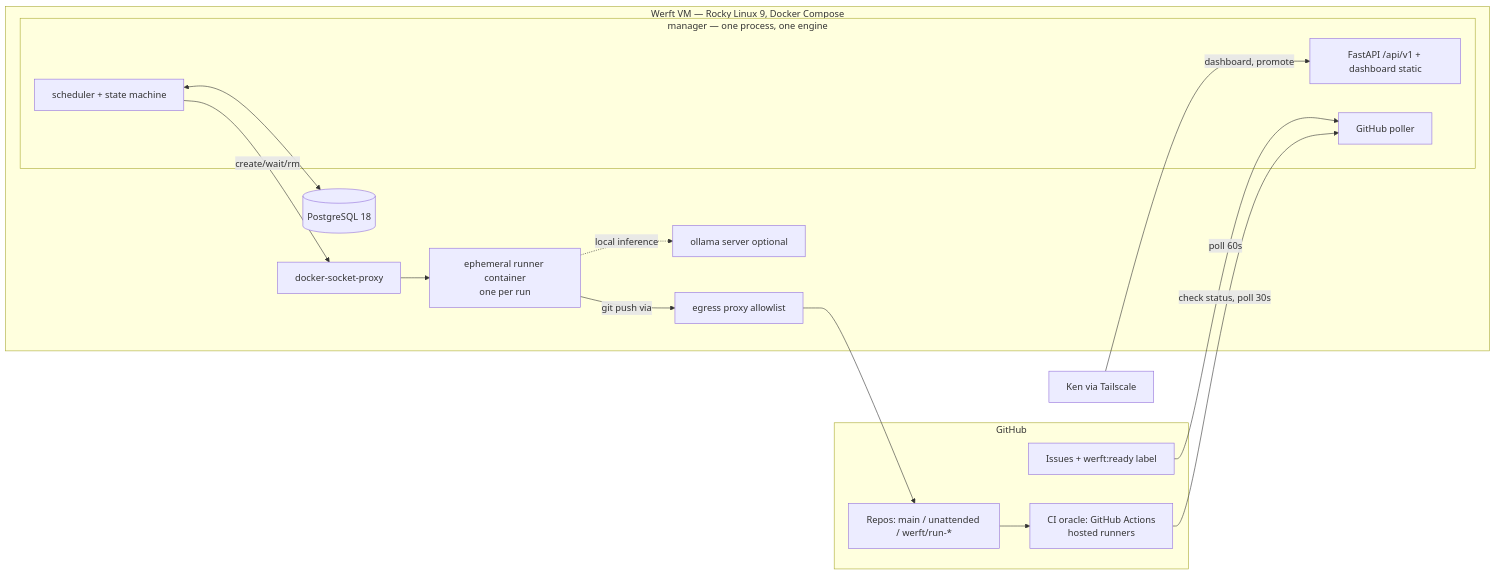
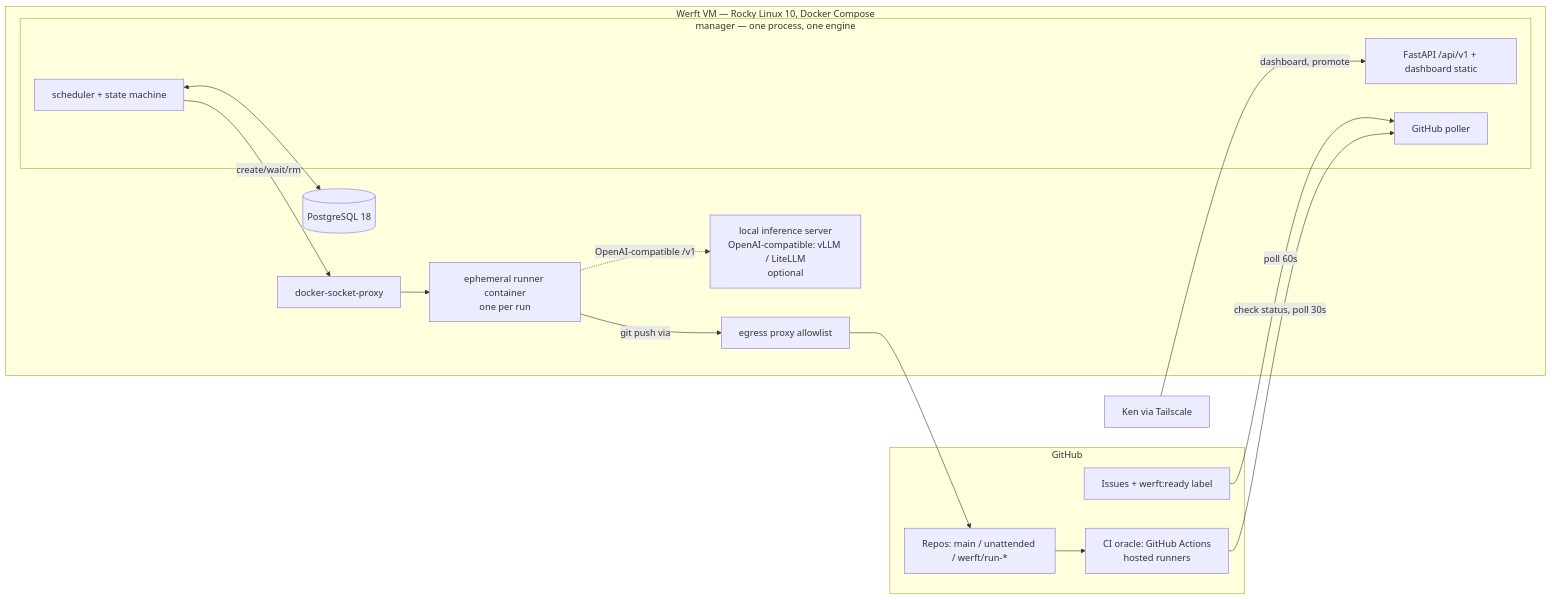
Before and after one commit to kenhaesler/werft: the diagram in ARCHITECTURE.md, drawn with Mermaid. The commit also changed other lines of this file and 3 other files, not shown here.

````diff
--- a/ARCHITECTURE.md
+++ b/ARCHITECTURE.md
@@ -11,30 +11,30 @@
 ```mermaid
 flowchart LR
     subgraph GitHub
         ISSUES[Issues + werft:ready label]
         REPOS[Repos: main / unattended / werft/run-*]
         CI[CI oracle: GitHub Actions<br/>hosted runners]
     end
 
-    subgraph VM [Werft VM — Rocky Linux 9, Docker Compose]
+    subgraph VM [Werft VM — Rocky Linux 10, Docker Compose]
         subgraph MGR [manager — one process, one engine]
             API[FastAPI /api/v1 + dashboard static]
             SCHED[scheduler + state machine]
             POLL[GitHub poller]
         end
         PG[(PostgreSQL 18)]
         PROXY[docker-socket-proxy]
         EGRESS[egress proxy allowlist]
-        OLLAMA[ollama server optional]
+        LOCAL[local inference server<br/>OpenAI-compatible: vLLM / LiteLLM<br/>optional]
         RUNNER[ephemeral runner container<br/>one per run]
     end
 
     KEN[Ken via Tailscale] -->|dashboard, promote| API
     ISSUES -->|poll 60s| POLL
     SCHED -->|create/wait/rm| PROXY --> RUNNER
     RUNNER -->|git push via| EGRESS --> REPOS
     REPOS --> CI
     CI -->|check status, poll 30s| POLL
     SCHED <--> PG
-    RUNNER -.->|local inference| OLLAMA
+    RUNNER -.->|OpenAI-compatible /v1| LOCAL
 ```
````
